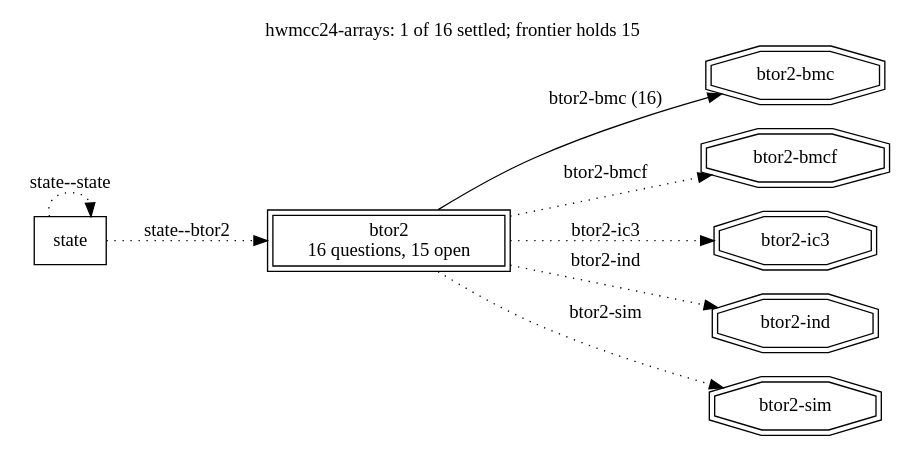
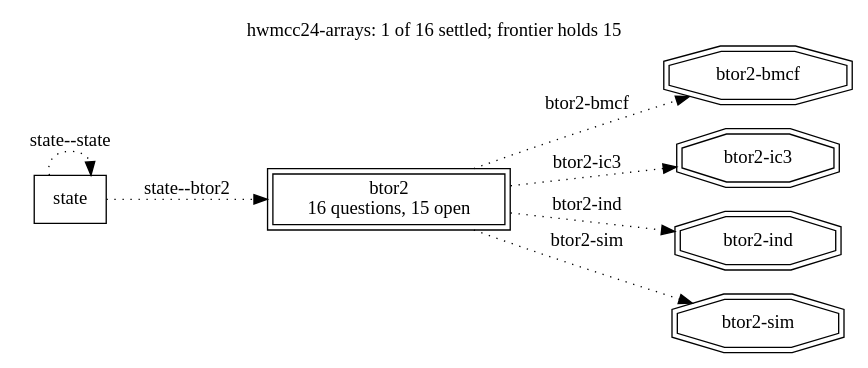
The diagram in runs/hwmcc24-arrays/frontier.dot (cksystemsgroup/hurdy-gurdy), drawn with Graphviz before and after one commit. The commit also changed 49 other files, not shown here.

Commit message:
The second pruning: btor2-bmc retires — the mirror carries the family, every banked bound stands

```diff
--- a/runs/hwmcc24-arrays/frontier.dot
+++ b/runs/hwmcc24-arrays/frontier.dot
@@ -1,19 +1,17 @@
 digraph "hwmcc24-arrays" {
   rankdir=LR; labelloc=t;
   label="hwmcc24-arrays: 1 of 16 settled; frontier holds 15";
   node [shape=box];
   "btor2" [peripheries=2, label="btor2\n16 questions, 15 open"];
   "state";
   "state" -> "btor2" [style=dotted, label="state--btor2"];
   "state" -> "state" [style=dotted, label="state--state"];
-  "terminal:btor2-bmc" [shape=doubleoctagon, label="btor2-bmc"];
-  "btor2" -> "terminal:btor2-bmc" [style=solid, label="btor2-bmc (16)"];
   "terminal:btor2-bmcf" [shape=doubleoctagon, label="btor2-bmcf"];
   "btor2" -> "terminal:btor2-bmcf" [style=dotted, label="btor2-bmcf"];
   "terminal:btor2-ic3" [shape=doubleoctagon, label="btor2-ic3"];
   "btor2" -> "terminal:btor2-ic3" [style=dotted, label="btor2-ic3"];
   "terminal:btor2-ind" [shape=doubleoctagon, label="btor2-ind"];
   "btor2" -> "terminal:btor2-ind" [style=dotted, label="btor2-ind"];
   "terminal:btor2-sim" [shape=doubleoctagon, label="btor2-sim"];
   "btor2" -> "terminal:btor2-sim" [style=dotted, label="btor2-sim"];
 }
```
